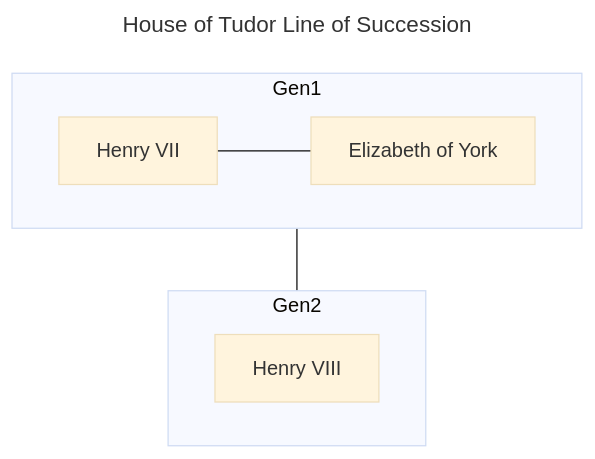
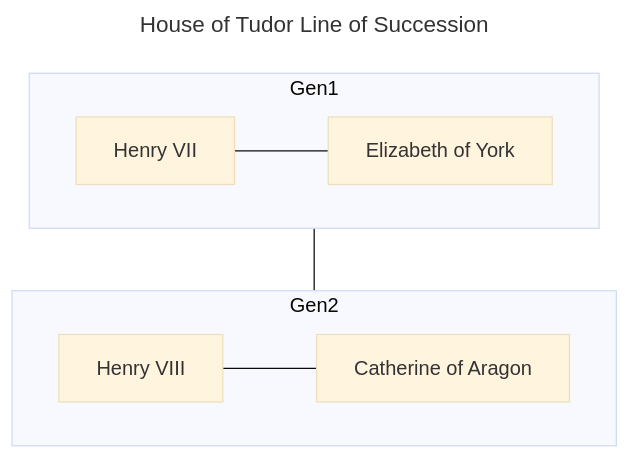
One commit to mercedesb/house-of-tudor changed the diagram in index.md. Above: the diagram before and after it, drawn with Mermaid (base theme).

Commit message:
Married Catherine of Aragon

````diff
--- a/index.md
+++ b/index.md
@@ -1,14 +1,14 @@
 ```mermaid
 ---
 title: House of Tudor Line of Succession
 ---
 flowchart
   subgraph Gen2
-    H8[Henry VIII]
+    H8[Henry VIII]---C[Catherine of Aragon]
   end
   subgraph Gen1
     H7[Henry VII]---E[Elizabeth of York]
   end
 
   Gen1---Gen2
 ```
````
